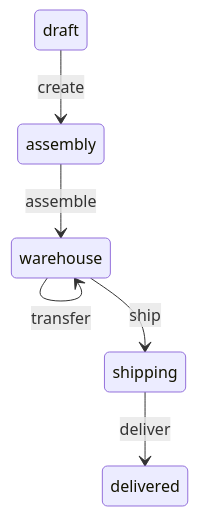
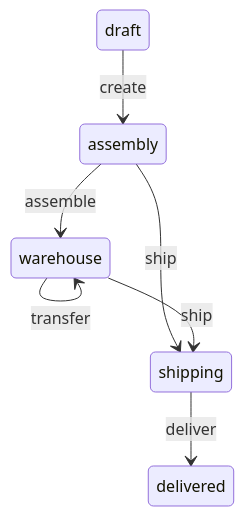
Before and after one commit to fsmoothy/typeorm-fsm: the diagram in README.md, drawn with Mermaid. The commit also changed other lines of this file and 6 other files, not shown here.

````diff
--- a/README.md
+++ b/README.md
@@ -29,8 +29,9 @@
 ```mermaid
 stateDiagram-v2
   draft --> assembly: create
   assembly --> warehouse: assemble
+  assembly --> shipping: ship
   warehouse --> warehouse: transfer
   warehouse --> shipping: ship
   shipping --> delivered: deliver
 ```
````
